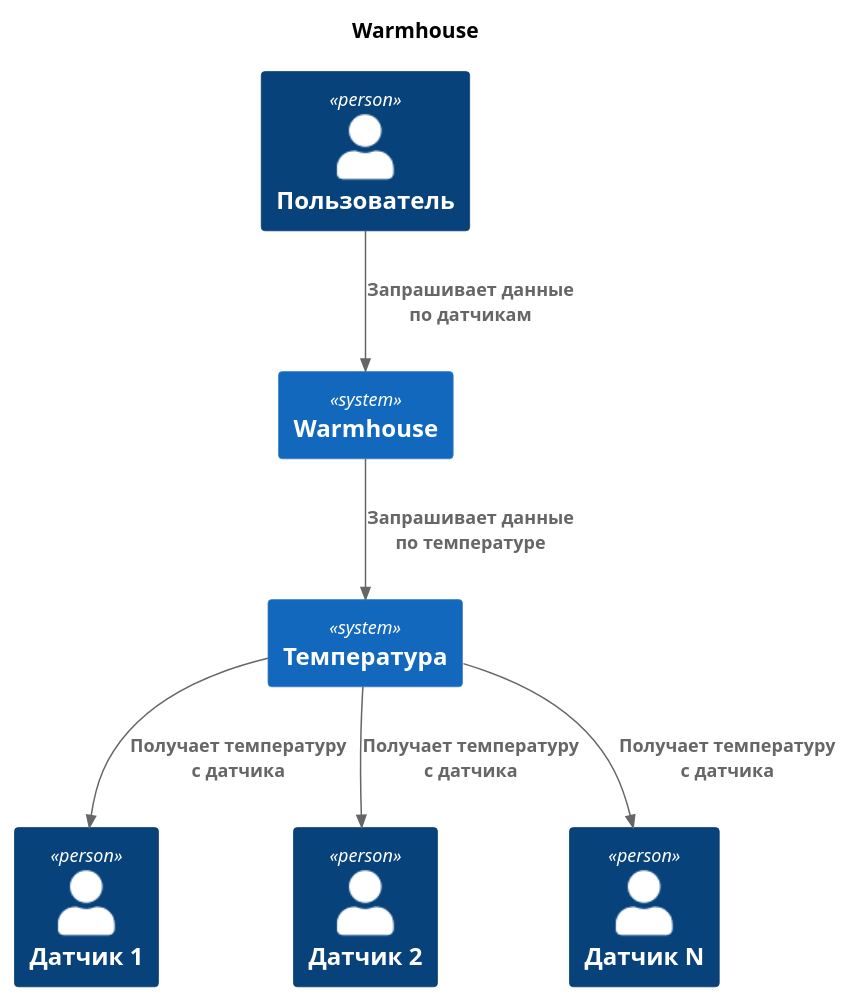
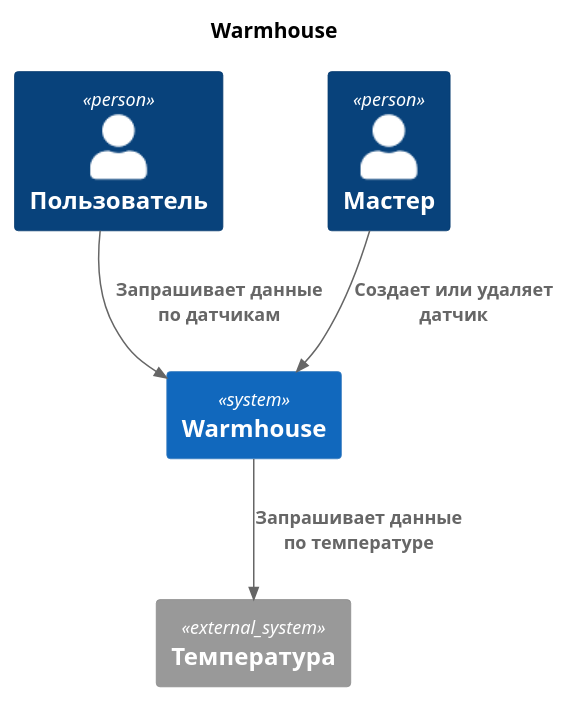
One commit to IlimbekNarmatov/warmhouse changed the diagram in plantuml/c4warmhouse.puml. Above: the diagram before and after it, drawn with PlantUML. The commit also changed 1 other file, not shown here.

```diff
--- a/plantuml/c4warmhouse.puml
+++ b/plantuml/c4warmhouse.puml
@@ -1,20 +1,16 @@
 @startuml Warmhouse_C4_Container
 !include https://raw.githubusercontent.com/plantuml-stdlib/C4-PlantUML/master/C4_Container.puml
 !include https://raw.githubusercontent.com/plantuml-stdlib/C4-PlantUML/master/C4_Component.puml
 
 title Warmhouse
 
 Person(user, "Пользователь")
-Person(device1, "Датчик 1")
-Person(device2, "Датчик 2")
-Person(deviceN, "Датчик N")
+Person(master, "Мастер")
 
 System(warmhouse, "Warmhouse")
-System(temperatureService, "Температура")
+System_Ext(temperatureService, "Температура")
 
 Rel(user, warmhouse, "Запрашивает данные по датчикам")
+Rel(master, warmhouse, "Создает или удаляет датчик")
 Rel(warmhouse, temperatureService, "Запрашивает данные по температуре")
-Rel(temperatureService, device1, "Получает температуру с датчика")
-Rel(temperatureService, device2, "Получает температуру с датчика")
-Rel(temperatureService, deviceN, "Получает температуру с датчика")
 @enduml
```
